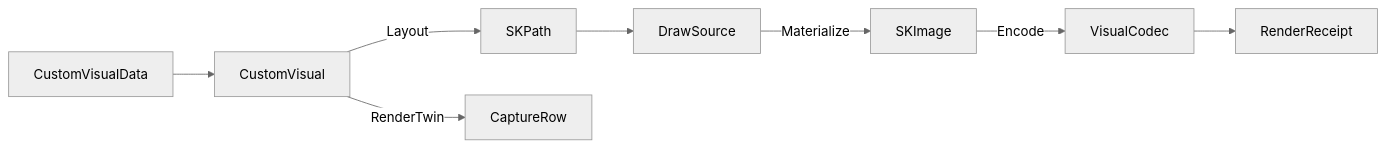
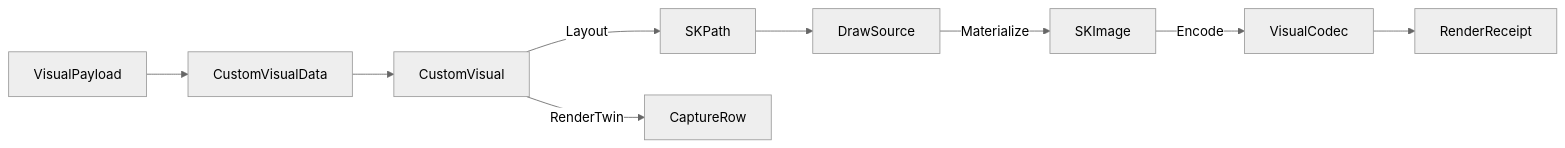
Before and after one commit to bsamiee/Rasm: the diagram in libs/csharp/Rasm.AppUi/.planning/Charts/custom.md, drawn with Mermaid (neutral theme). The commit also changed other lines of this file and 46 other files, not shown here.

Commit message:
snapshot: rebuild wf mid-run planning output + mermaid render lane stale-env hardening

````diff
--- a/libs/csharp/Rasm.AppUi/.planning/Charts/custom.md
+++ b/libs/csharp/Rasm.AppUi/.planning/Charts/custom.md
@@ -412,10 +555,11 @@
 ```mermaid
 flowchart LR
+    VisualPayload --> CustomVisualData
     CustomVisualData --> CustomVisual
     CustomVisual -->|Layout| SKPath
     SKPath --> DrawSource
     DrawSource -->|Materialize| SKImage
     SKImage -->|Encode| VisualCodec
     CustomVisual -->|RenderTwin| CaptureRow
     VisualCodec --> RenderReceipt
 ```
````
